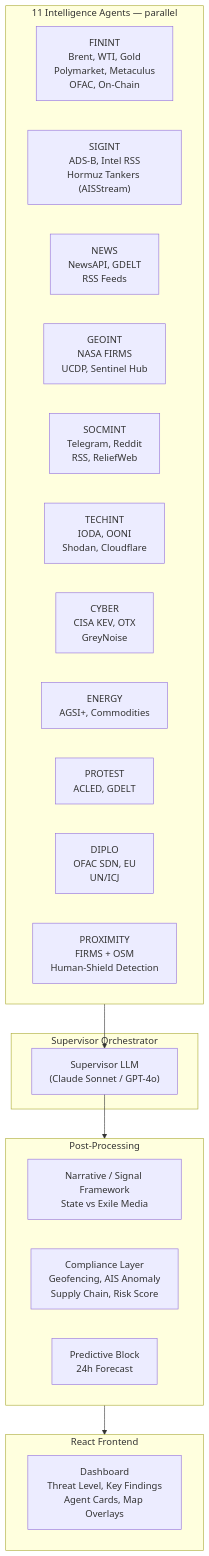
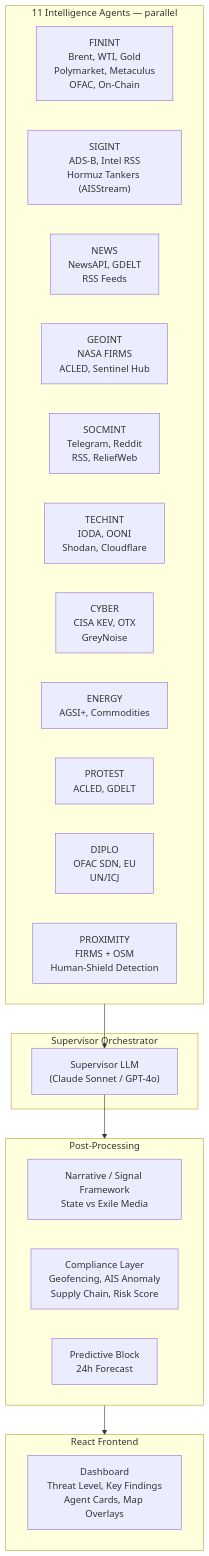
Before and after one commit to lina767/digital-war-room: the diagram in docs/social-assets/one-pager.md, drawn with Mermaid. The commit also changed other lines of this file and 29 other files, not shown here.

First line of the commit message:
Docs: ACLED/GDELT/ReliefWeb-Referenzen; UCDP entfernt; OFAC/ACLED/Chokepoint/Frontend-Anpassungen

````diff
--- a/docs/social-assets/one-pager.md
+++ b/docs/social-assets/one-pager.md
@@ -47,34 +47,34 @@
 ```mermaid
 flowchart TB
   subgraph orchestrator [Supervisor Orchestrator]
     SUP["Supervisor LLM\n(Claude Sonnet / GPT-4o)"]
   end
 
   subgraph agents [11 Intelligence Agents — parallel]
     FININT["FININT\nBrent, WTI, Gold\nPolymarket, Metaculus\nOFAC, On-Chain"]
     SIGINT["SIGINT\nADS-B, Intel RSS\nHormuz Tankers (AISStream)"]
     NEWS["NEWS\nNewsAPI, GDELT\nRSS Feeds"]
-    GEOINT["GEOINT\nNASA FIRMS\nUCDP, Sentinel Hub"]
+    GEOINT["GEOINT\nNASA FIRMS\nACLED, Sentinel Hub"]
     SOCMINT["SOCMINT\nTelegram, Reddit\nRSS, ReliefWeb"]
     TECHINT["TECHINT\nIODA, OONI\nShodan, Cloudflare"]
     CYBER["CYBER\nCISA KEV, OTX\nGreyNoise"]
     ENERGY["ENERGY\nAGSI+, Commodities"]
     PROTEST["PROTEST\nACLED, GDELT"]
     DIPLO["DIPLO\nOFAC SDN, EU\nUN/ICJ"]
     PROX["PROXIMITY\nFIRMS + OSM\nHuman-Shield Detection"]
   end
 
   subgraph postprocess [Post-Processing]
     NARR["Narrative / Signal Framework\nState vs Exile Media"]
     COMP["Compliance Layer\nGeofencing, AIS Anomaly\nSupply Chain, Risk Score"]
     PRED["Predictive Block\n24h Forecast"]
   end
 
   subgraph frontend [React Frontend]
     DASH["Dashboard\nThreat Level, Key Findings\nAgent Cards, Map Overlays"]
   end
 
   agents --> SUP
   SUP --> postprocess
   postprocess --> frontend
 ```
````
